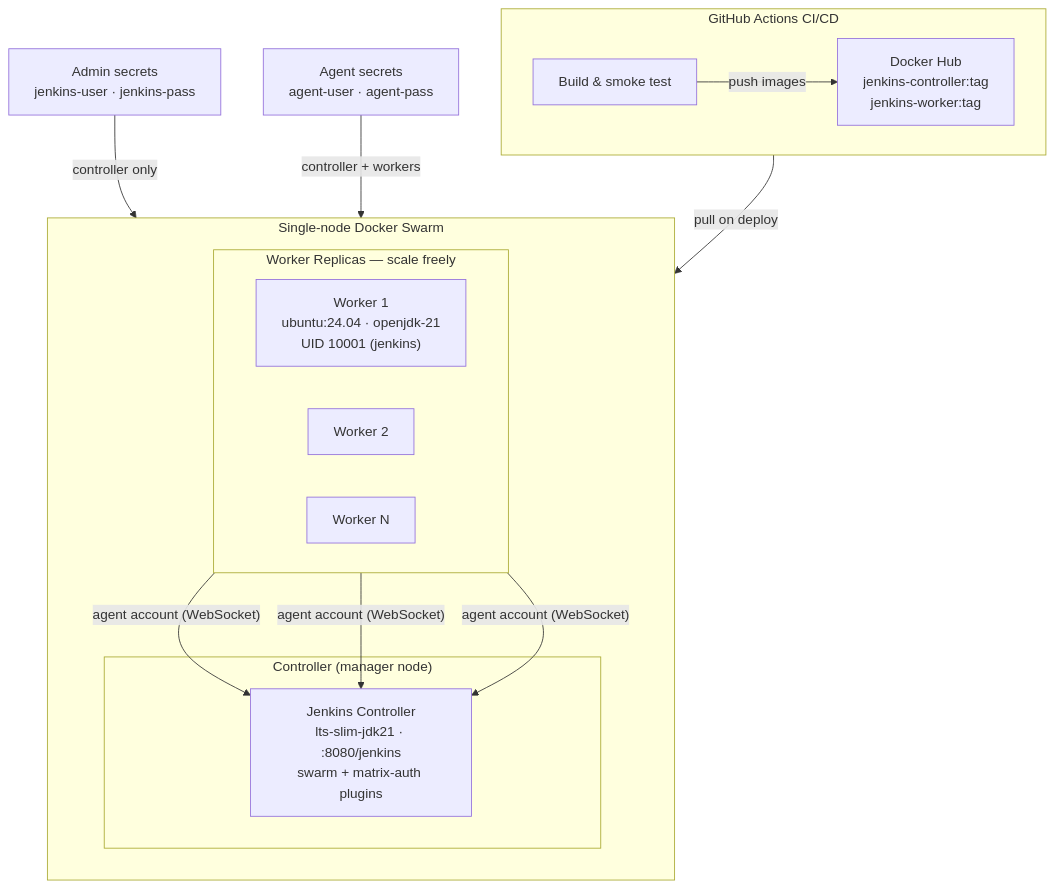
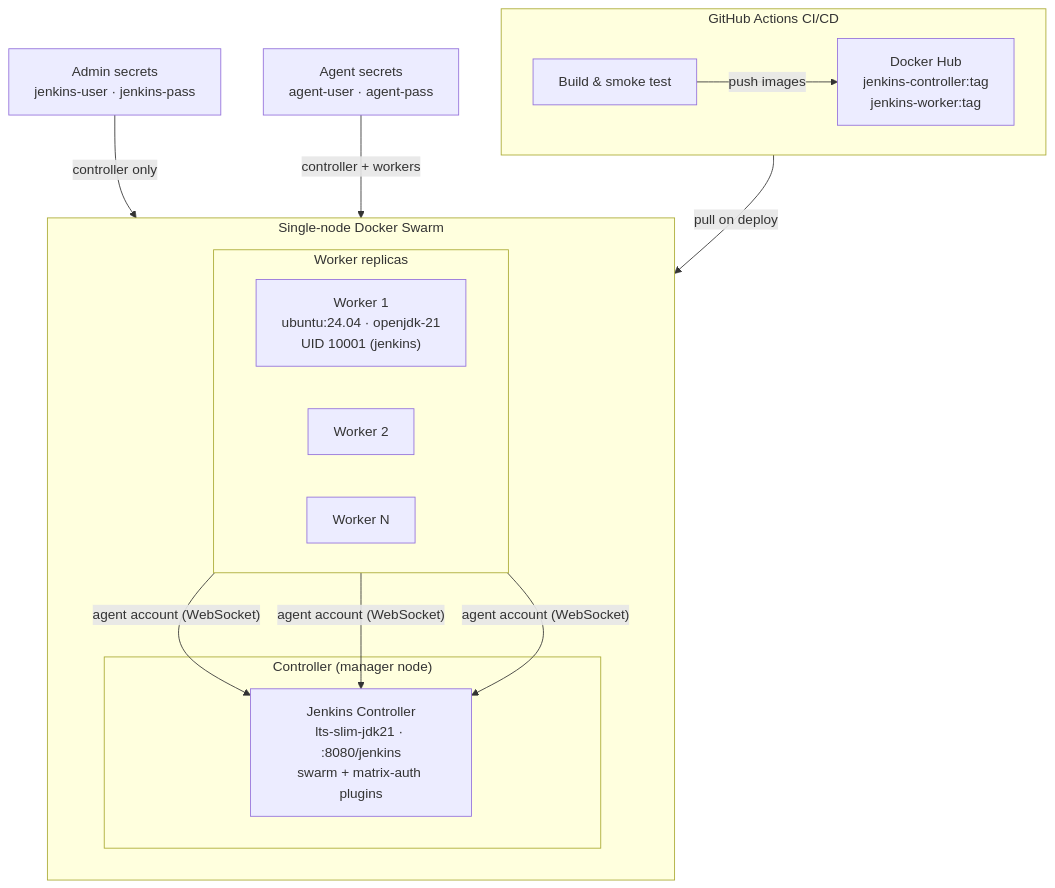
Before and after one commit to sangharshcs/deploy-jenkins: the first of 3 diagrams in README.md, drawn with Mermaid. The commit also changed other lines of this file and 6 other files, not shown here.

````diff
--- a/README.md
+++ b/README.md
@@ -39,35 +38,35 @@
 ```mermaid
 flowchart TB
     subgraph CI ["GitHub Actions CI/CD"]
         direction LR
         GHA["Build & smoke test"]
         HUB["Docker Hub\njenkins-controller:tag\njenkins-worker:tag"]
         GHA -->|push images| HUB
     end
 
     subgraph SWARM ["Single-node Docker Swarm"]
         direction TB
 
         subgraph CTRL ["Controller (manager node)"]
             JC["Jenkins Controller\nlts-slim-jdk21 · :8080/jenkins\nswarm + matrix-auth plugins"]
         end
 
-        subgraph WORKERS ["Worker Replicas — scale freely"]
+        subgraph WORKERS ["Worker replicas"]
             direction LR
             W1["Worker 1\nubuntu:24.04 · openjdk-21\nUID 10001 (jenkins)"]
             W2["Worker 2"]
             WN["Worker N"]
         end
 
         W1 -->|"agent account (WebSocket)"| JC
         W2 -->|"agent account (WebSocket)"| JC
         WN -->|"agent account (WebSocket)"| JC
     end
 
     HUB -->|pull on deploy| SWARM
 
     ADMIN_SECRETS["Admin secrets\njenkins-user · jenkins-pass"]
     AGENT_SECRETS["Agent secrets\nagent-user · agent-pass"]
     ADMIN_SECRETS -->|"controller only"| CTRL
     AGENT_SECRETS -->|"controller + workers"| SWARM
 ```
````
